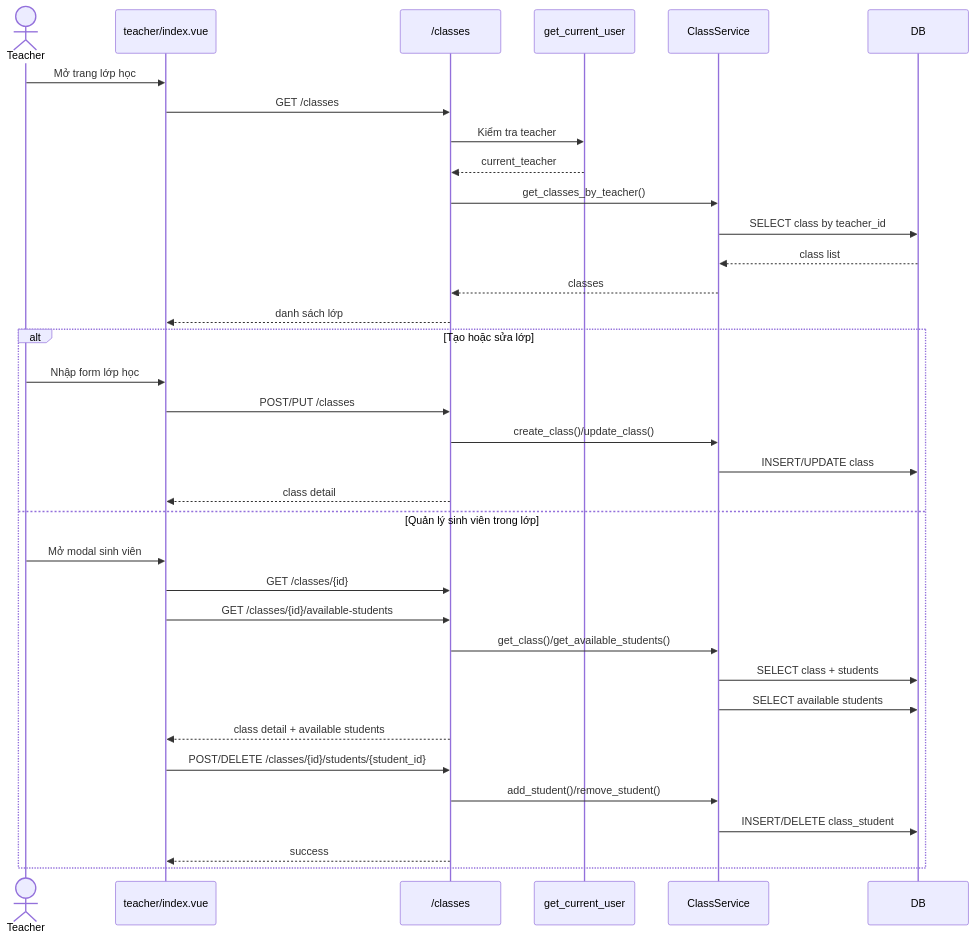
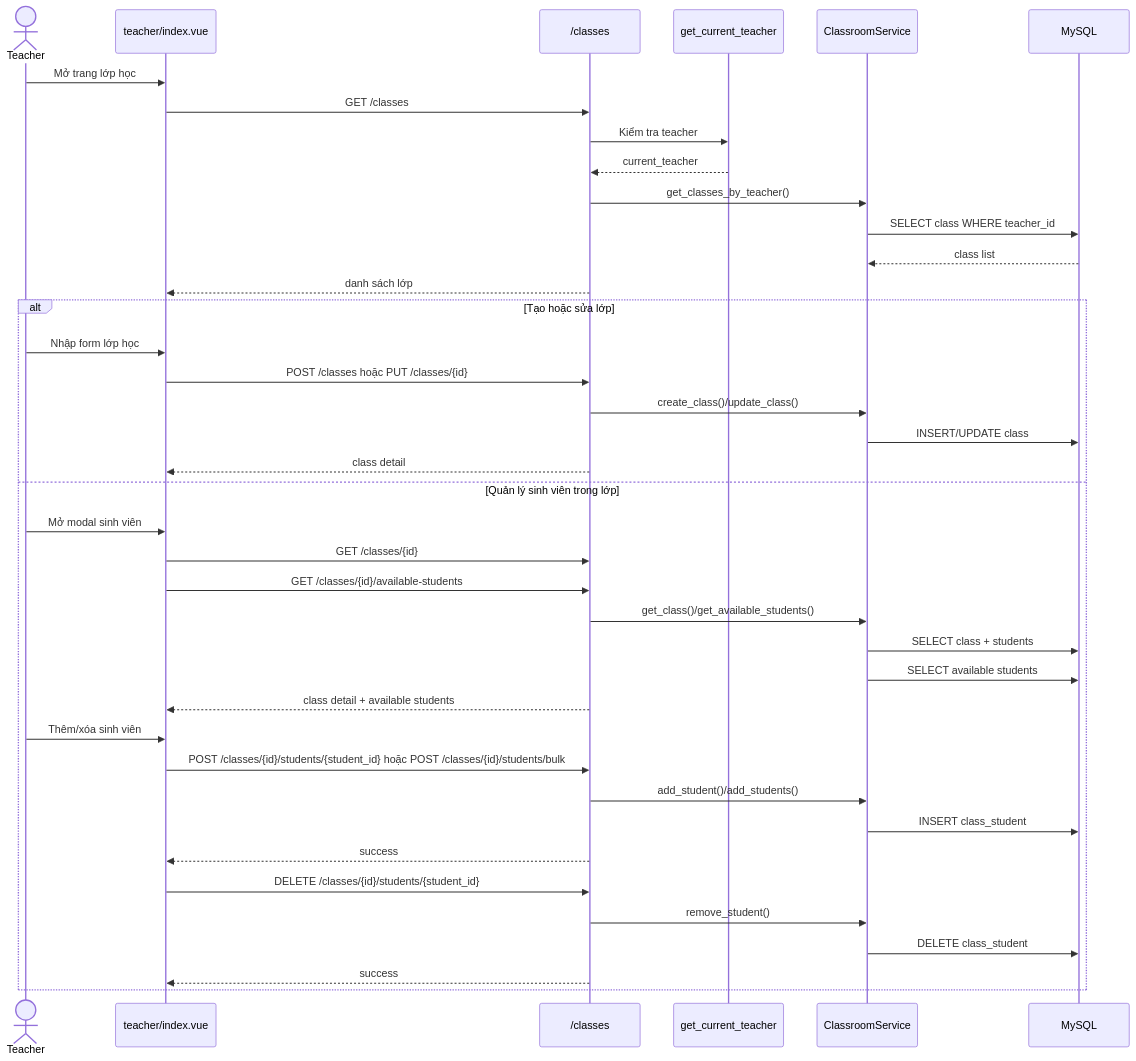
One commit to Tedomi2525/My_project changed the ninth of 17 diagrams in docs/UML.md. Above: the diagram before and after it, drawn with Mermaid. The commit also changed other lines of this file and 15 other files, not shown here.

First line of the commit message:
Add new documentation files including class diagram and project report

````diff
--- a/docs/UML.md
+++ b/docs/UML.md
@@ -732,39 +659,43 @@
 ```mermaid
 sequenceDiagram
 actor Teacher
-participant TeacherClassPage as teacher/index.vue
+participant Page as teacher/index.vue
 participant ClassAPI as /classes
-participant Dep as get_current_user
-participant ClassService
-participant DB
+participant Dep as get_current_teacher
+participant ClassroomService
+participant DB as MySQL
 
-Teacher->>TeacherClassPage: Mở trang lớp học
-TeacherClassPage->>ClassAPI: GET /classes
+Teacher->>Page: Mở trang lớp học
+Page->>ClassAPI: GET /classes
 ClassAPI->>Dep: Kiểm tra teacher
 Dep-->>ClassAPI: current_teacher
-ClassAPI->>ClassService: get_classes_by_teacher()
-ClassService->>DB: SELECT class by teacher_id
-DB-->>ClassService: class list
-ClassService-->>ClassAPI: classes
-ClassAPI-->>TeacherClassPage: danh sách lớp
+ClassAPI->>ClassroomService: get_classes_by_teacher()
+ClassroomService->>DB: SELECT class WHERE teacher_id
+DB-->>ClassroomService: class list
+ClassAPI-->>Page: danh sách lớp
 
 alt Tạo hoặc sửa lớp
-  Teacher->>TeacherClassPage: Nhập form lớp học
-  TeacherClassPage->>ClassAPI: POST/PUT /classes
-  ClassAPI->>ClassService: create_class()/update_class()
-  ClassService->>DB: INSERT/UPDATE class
-  ClassAPI-->>TeacherClassPage: class detail
+  Teacher->>Page: Nhập form lớp học
+  Page->>ClassAPI: POST /classes hoặc PUT /classes/{id}
+  ClassAPI->>ClassroomService: create_class()/update_class()
+  ClassroomService->>DB: INSERT/UPDATE class
+  ClassAPI-->>Page: class detail
 else Quản lý sinh viên trong lớp
-  Teacher->>TeacherClassPage: Mở modal sinh viên
-  TeacherClassPage->>ClassAPI: GET /classes/{id}
-  TeacherClassPage->>ClassAPI: GET /classes/{id}/available-students
-  ClassAPI->>ClassService: get_class()/get_available_students()
-  ClassService->>DB: SELECT class + students
-  ClassService->>DB: SELECT available students
-  ClassAPI-->>TeacherClassPage: class detail + available students
-  TeacherClassPage->>ClassAPI: POST/DELETE /classes/{id}/students/{student_id}
-  ClassAPI->>ClassService: add_student()/remove_student()
-  ClassService->>DB: INSERT/DELETE class_student
-  ClassAPI-->>TeacherClassPage: success
+  Teacher->>Page: Mở modal sinh viên
+  Page->>ClassAPI: GET /classes/{id}
+  Page->>ClassAPI: GET /classes/{id}/available-students
+  ClassAPI->>ClassroomService: get_class()/get_available_students()
+  ClassroomService->>DB: SELECT class + students
+  ClassroomService->>DB: SELECT available students
+  ClassAPI-->>Page: class detail + available students
+  Teacher->>Page: Thêm/xóa sinh viên
+  Page->>ClassAPI: POST /classes/{id}/students/{student_id} hoặc POST /classes/{id}/students/bulk
+  ClassAPI->>ClassroomService: add_student()/add_students()
+  ClassroomService->>DB: INSERT class_student
+  ClassAPI-->>Page: success
+  Page->>ClassAPI: DELETE /classes/{id}/students/{student_id}
+  ClassAPI->>ClassroomService: remove_student()
+  ClassroomService->>DB: DELETE class_student
+  ClassAPI-->>Page: success
 end
 ```
````
